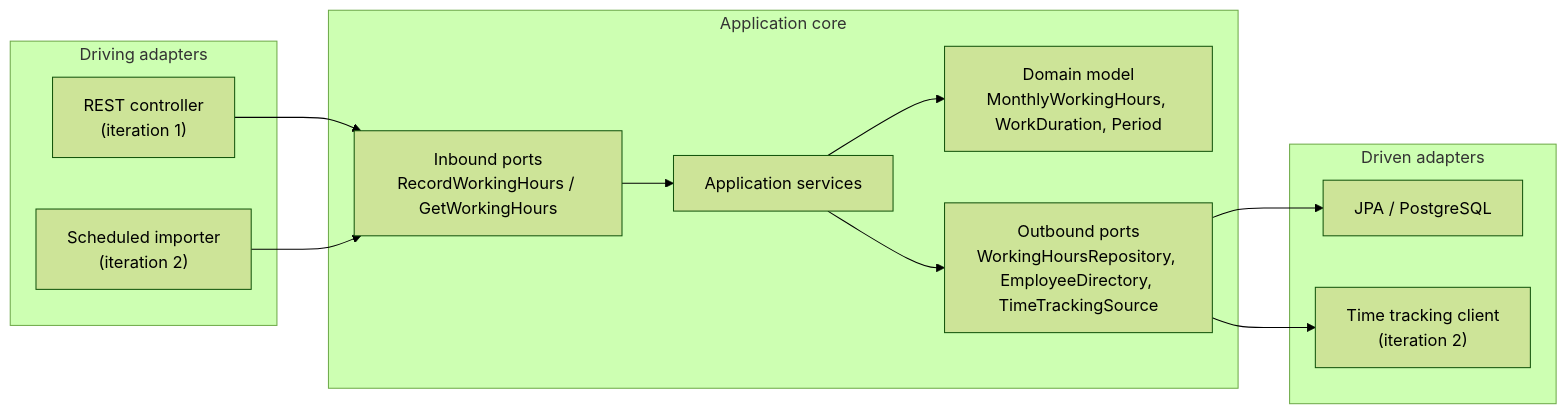
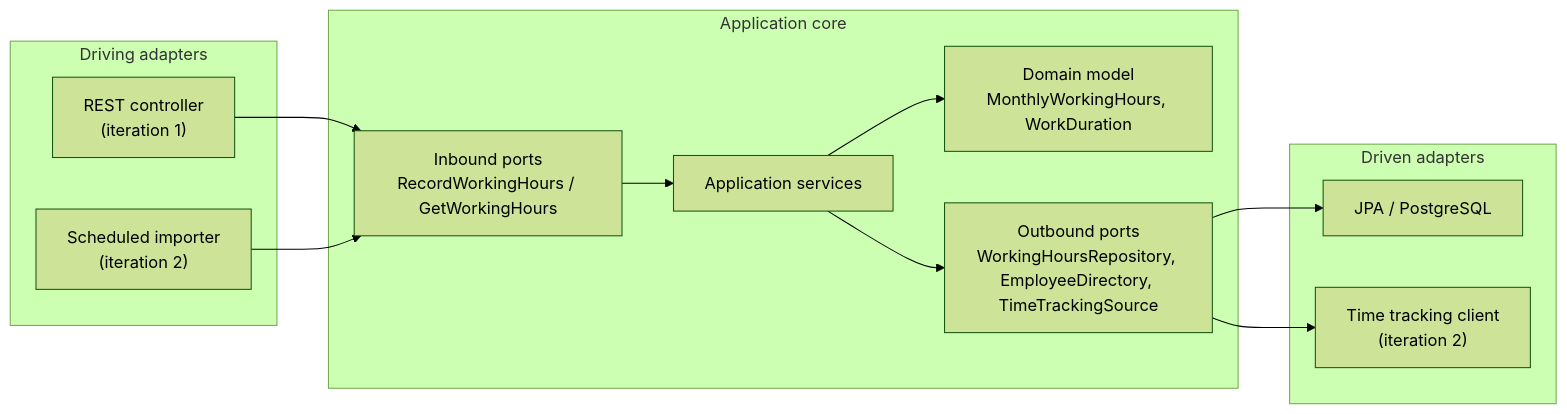
One commit to svitzthum/spring-boot-payroll changed the diagram in docs/02-architecture.md. Above: the diagram before and after it, drawn with Mermaid (forest theme). The commit also changed other lines of this file and 8 other files, not shown here.

First line of the commit message:
Add working hours domain model

````diff
--- a/docs/02-architecture.md
+++ b/docs/02-architecture.md
@@ -17,26 +17,26 @@
 ```mermaid
 flowchart LR
     subgraph driving["Driving adapters"]
         REST["REST controller<br/>(iteration 1)"]
         SCHED["Scheduled importer<br/>(iteration 2)"]
     end
 
     subgraph core["Application core"]
         IN["Inbound ports<br/>RecordWorkingHours / GetWorkingHours"]
         APP["Application services"]
-        DOM["Domain model<br/>MonthlyWorkingHours, WorkDuration, Period"]
+        DOM["Domain model<br/>MonthlyWorkingHours, WorkDuration"]
         OUT["Outbound ports<br/>WorkingHoursRepository, EmployeeDirectory, TimeTrackingSource"]
         IN --> APP --> DOM
         APP --> OUT
     end
 
     subgraph driven["Driven adapters"]
         JPA["JPA / PostgreSQL"]
         EXT["Time tracking client<br/>(iteration 2)"]
     end
 
     REST --> IN
     SCHED --> IN
     OUT --> JPA
     OUT --> EXT
 ```
````
